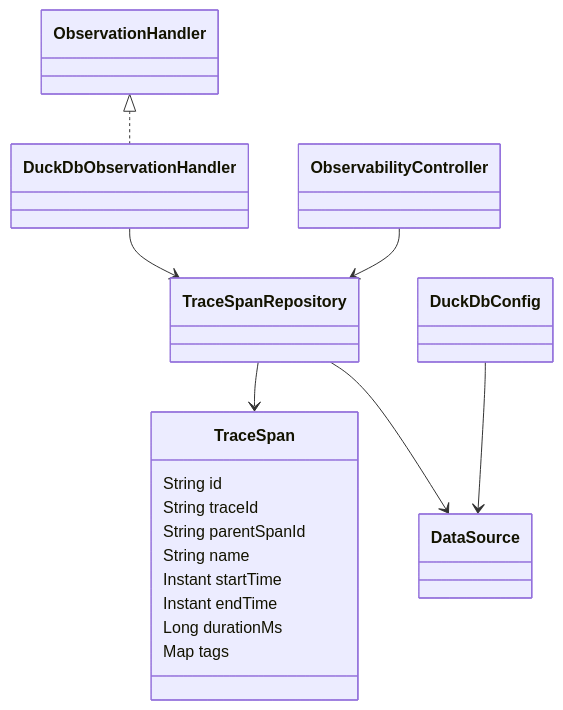
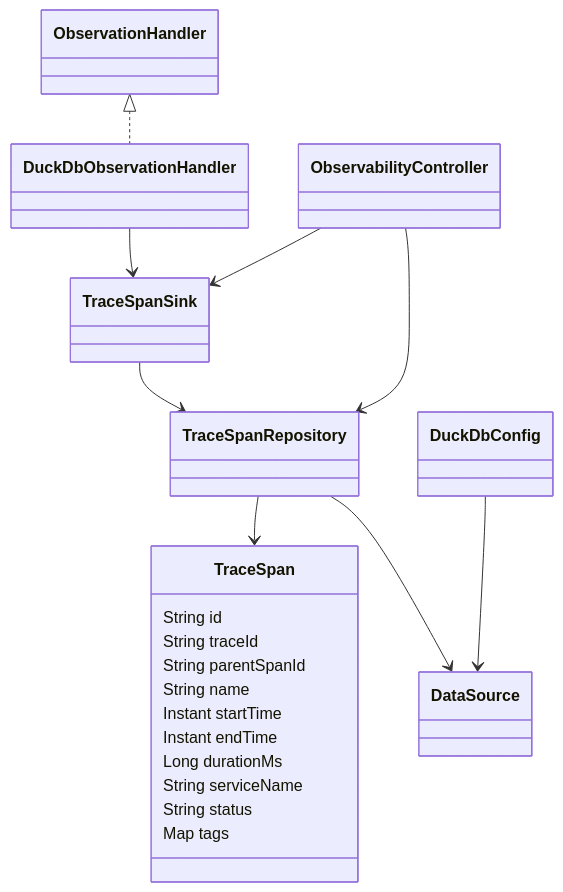
The second of 2 diagrams in ai-observability/README.md (prasadgaikwad/spring-ai-apps), drawn with Mermaid before and after one commit. The commit also changed other lines of this file and 32 other files, not shown here.

````diff
--- a/ai-observability/README.md
+++ b/ai-observability/README.md
@@ -46,19 +48,23 @@
 ```mermaid
 classDiagram
     ObservationHandler <|.. DuckDbObservationHandler
-    DuckDbObservationHandler --> TraceSpanRepository
+    DuckDbObservationHandler --> TraceSpanSink
+    ObservabilityController --> TraceSpanSink
     ObservabilityController --> TraceSpanRepository
+    TraceSpanSink --> TraceSpanRepository
     TraceSpanRepository --> TraceSpan
     DuckDbConfig --> DataSource
     TraceSpanRepository --> DataSource
     class TraceSpan {
         String id
         String traceId
         String parentSpanId
         String name
         Instant startTime
         Instant endTime
         Long durationMs
+        String serviceName
+        String status
         Map tags
     }
 ```
````
